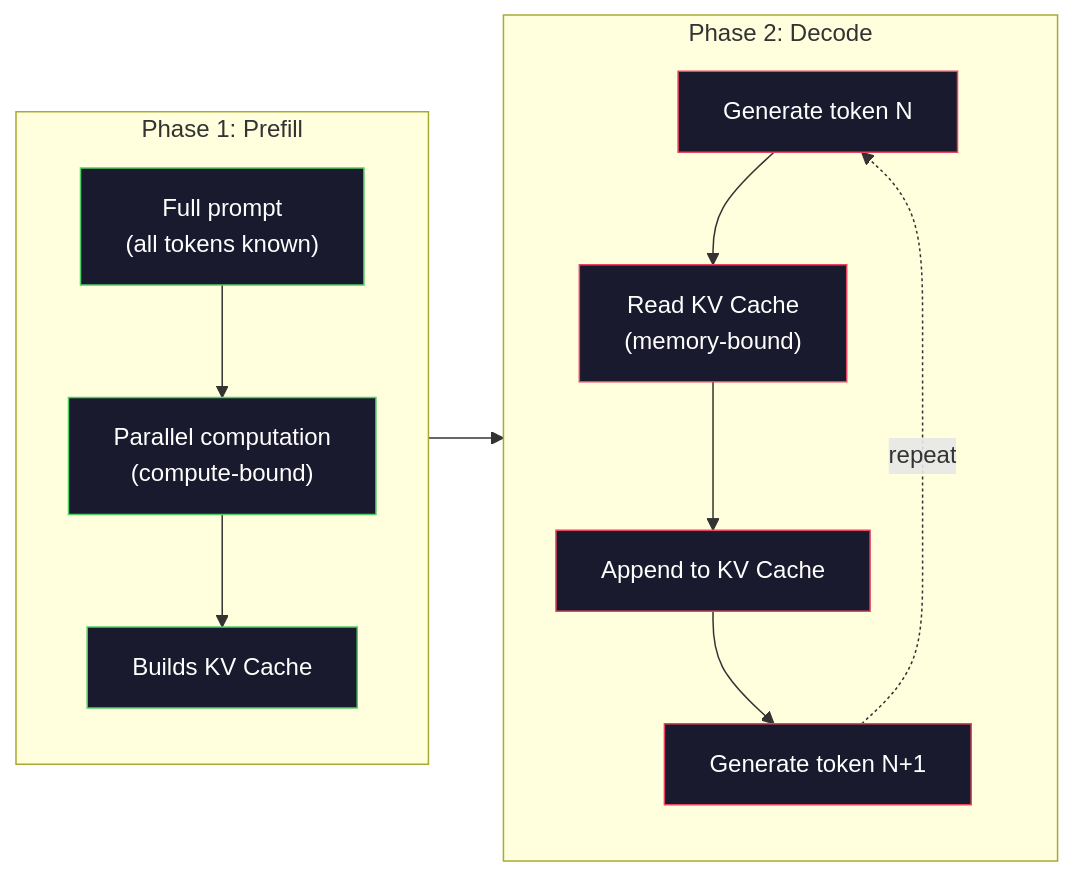
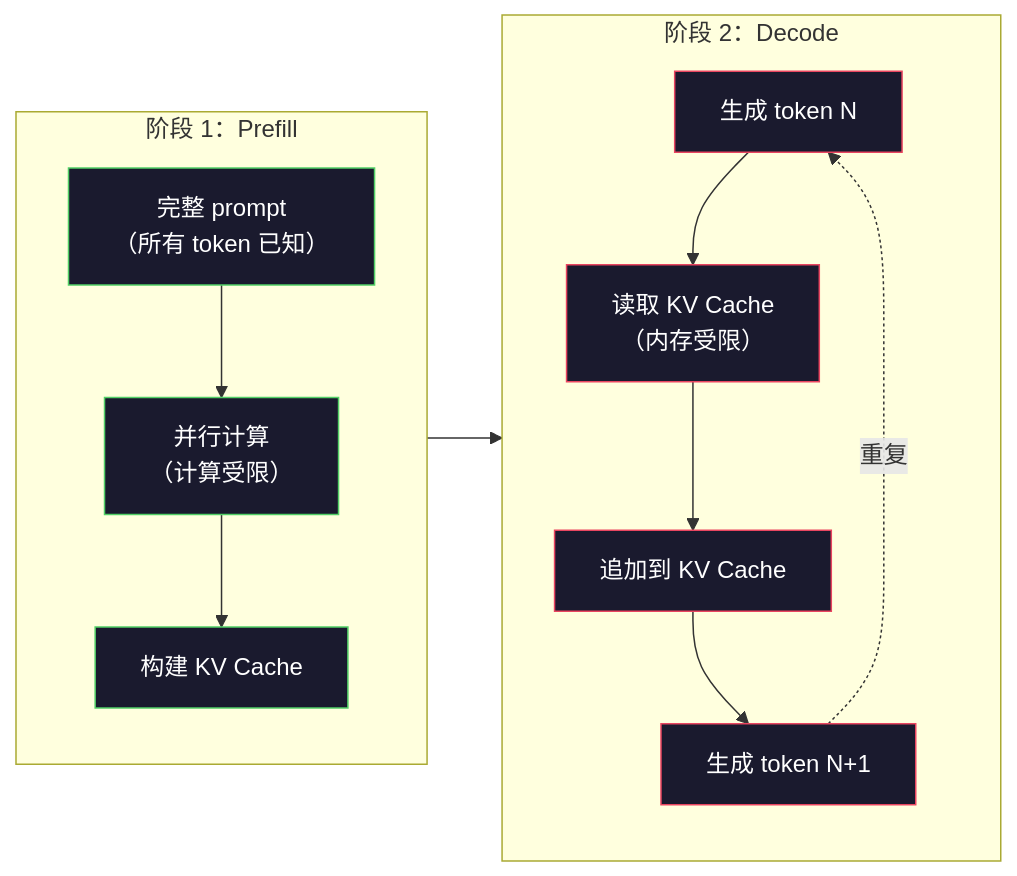
The third of 3 diagrams in phases/10-llms-from-scratch/04-pre-training-mini-gpt/docs/zh.md (alessandrodinisio-ai/ai-engineering-learning-framework), drawn with Mermaid before and after one commit. The commit also changed other lines of this file and 120 other files, not shown here.

First line of the commit message:
i18n(mermaid): 337 个 mermaid 图表标签中文化

````diff
--- a/phases/10-llms-from-scratch/04-pre-training-mini-gpt/docs/zh.md
+++ b/phases/10-llms-from-scratch/04-pre-training-mini-gpt/docs/zh.md
@@ -164,30 +164,30 @@
 ```mermaid
 graph LR
-    subgraph Prefill["Phase 1: Prefill"]
+    subgraph Prefill["阶段 1：Prefill"]
         direction TB
-        P1["Full prompt\n(all tokens known)"]
-        P2["Parallel computation\n(compute-bound)"]
-        P3["Builds KV Cache"]
+        P1["完整 prompt\n（所有 token 已知）"]
+        P2["并行计算\n（计算受限）"]
+        P3["构建 KV Cache"]
         P1 --> P2 --> P3
     end
 
-    subgraph Decode["Phase 2: Decode"]
+    subgraph Decode["阶段 2：Decode"]
         direction TB
-        D1["Generate token N"]
-        D2["Read KV Cache\n(memory-bound)"]
-        D3["Append to KV Cache"]
-        D4["Generate token N+1"]
+        D1["生成 token N"]
+        D2["读取 KV Cache\n（内存受限）"]
+        D3["追加到 KV Cache"]
+        D4["生成 token N+1"]
         D1 --> D2 --> D3 --> D4
-        D4 -.->|repeat| D1
+        D4 -.->|重复| D1
     end
 
     Prefill --> Decode
 
     style P1 fill:#1a1a2e,stroke:#51cf66,color:#fff
     style P2 fill:#1a1a2e,stroke:#51cf66,color:#fff
     style P3 fill:#1a1a2e,stroke:#51cf66,color:#fff
     style D1 fill:#1a1a2e,stroke:#e94560,color:#fff
     style D2 fill:#1a1a2e,stroke:#e94560,color:#fff
     style D3 fill:#1a1a2e,stroke:#e94560,color:#fff
     style D4 fill:#1a1a2e,stroke:#e94560,color:#fff
 ```
````
